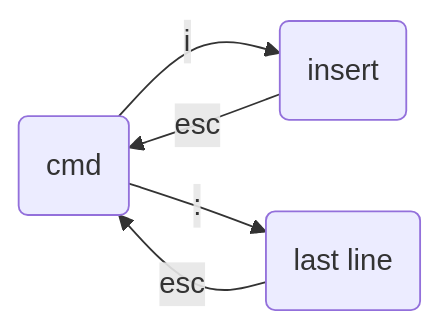
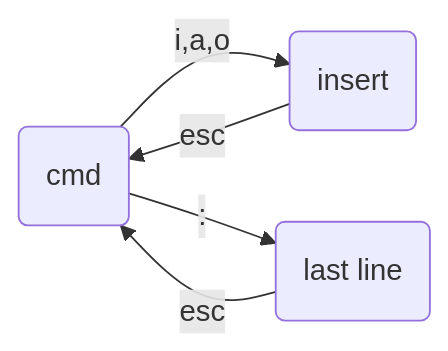
Before and after one commit to davidliuk/blog: the diagram in src/se/devops/unix/basic/1.2. vi.md, drawn with Mermaid. The commit also changed other lines of this file and 98 other files, not shown here.

````diff
--- a/src/se/devops/unix/basic/1.2. vi.md
+++ b/src/se/devops/unix/basic/1.2. vi.md
@@ -9,7 +9,7 @@
 ```mermaid
 graph LR
-	A(cmd) -->|i| B(insert)
+	A(cmd) -->|i,a,o| B(insert)
 	B --> |esc| A
 	A -->|:| C(last line)
 	C --> |esc| A
 ```
````
